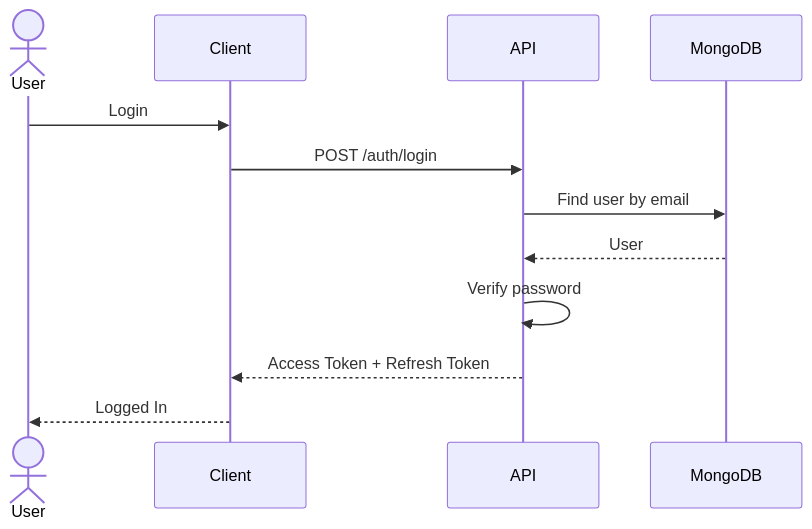
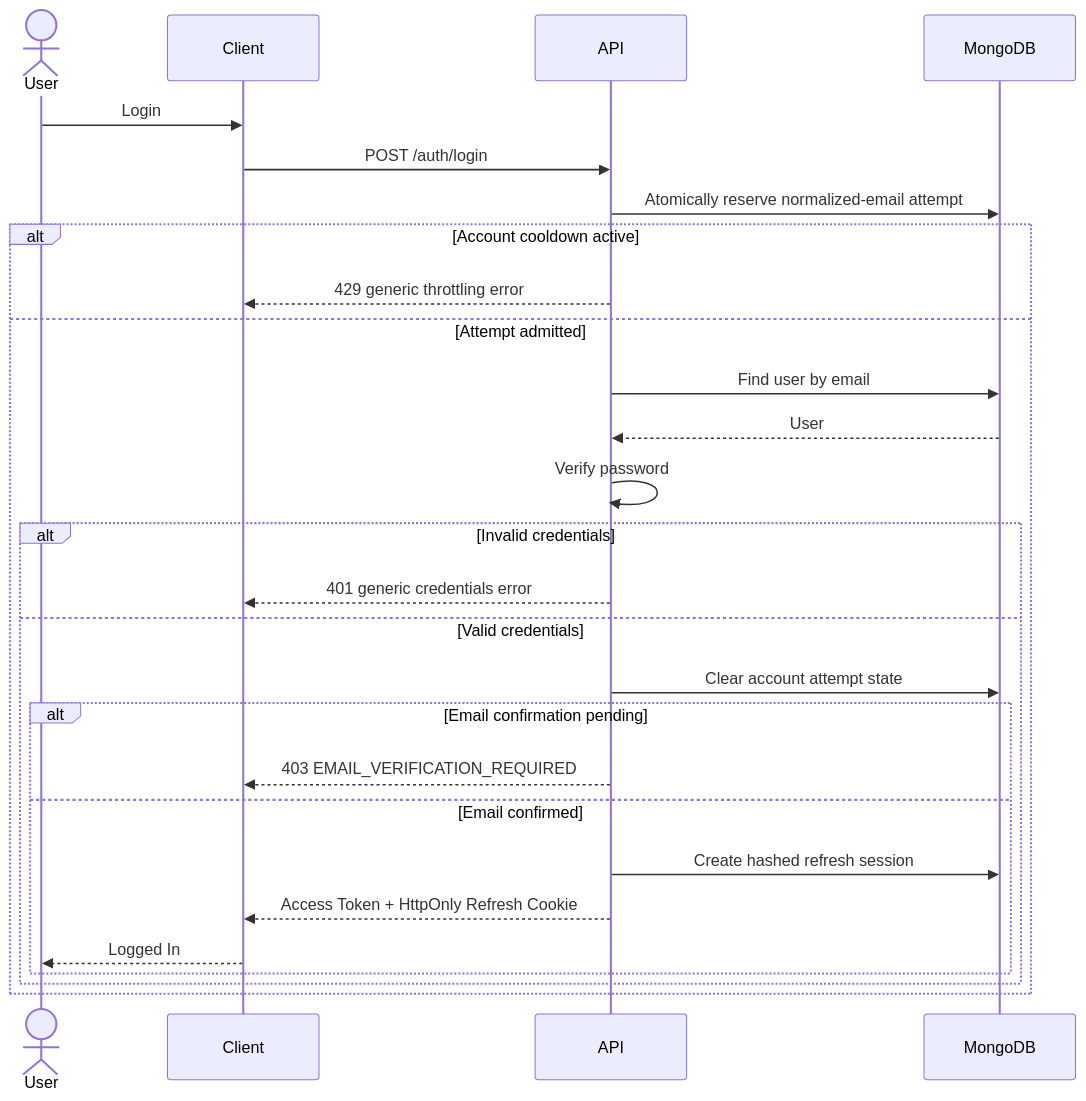
Before and after one commit to RamyMohamed47/intouch-docs: the diagram in Diagrams/Sequence - Login.md, drawn with Mermaid. The commit also changed 5 other files, not shown here.

````diff
--- a/Diagrams/Sequence - Login.md
+++ b/Diagrams/Sequence - Login.md
@@ -1,25 +1,109 @@
 ```mermaid
+
 sequenceDiagram
 
-    actor User
+  
 
-    participant Client
+    actor User
 
-    participant API
+  
 
-    participant MongoDB
+    participant Client
 
-    User->>Client: Login
+  
 
-    Client->>API: POST /auth/login
+    participant API
 
-    API->>MongoDB: Find user by email
+  
 
-    MongoDB-->>API: User
+    participant MongoDB
 
-    API->>API: Verify password
+  
 
-    API-->>Client: Access Token + Refresh Token
+    User->>Client: Login
 
-    Client-->>User: Logged In
+  
+
+    Client->>API: POST /auth/login
+
+  
+
+    API->>MongoDB: Atomically reserve normalized-email attempt
+
+  
+
+    alt Account cooldown active
+
+  
+
+        API-->>Client: 429 generic throttling error
+
+  
+
+    else Attempt admitted
+
+  
+
+    API->>MongoDB: Find user by email
+
+  
+
+    MongoDB-->>API: User
+
+  
+
+    API->>API: Verify password
+
+  
+
+    alt Invalid credentials
+
+  
+
+        API-->>Client: 401 generic credentials error
+
+  
+
+    else Valid credentials
+
+  
+
+    API->>MongoDB: Clear account attempt state
+
+  
+
+    alt Email confirmation pending
+
+  
+
+        API-->>Client: 403 EMAIL_VERIFICATION_REQUIRED
+
+  
+
+    else Email confirmed
+
+  
+
+    API->>MongoDB: Create hashed refresh session
+
+  
+
+    API-->>Client: Access Token + HttpOnly Refresh Cookie
+
+  
+
+    Client-->>User: Logged In
+
+  
+
+    end
+
+  
+
+    end
+
+  
+
+    end
+
 ```
````
